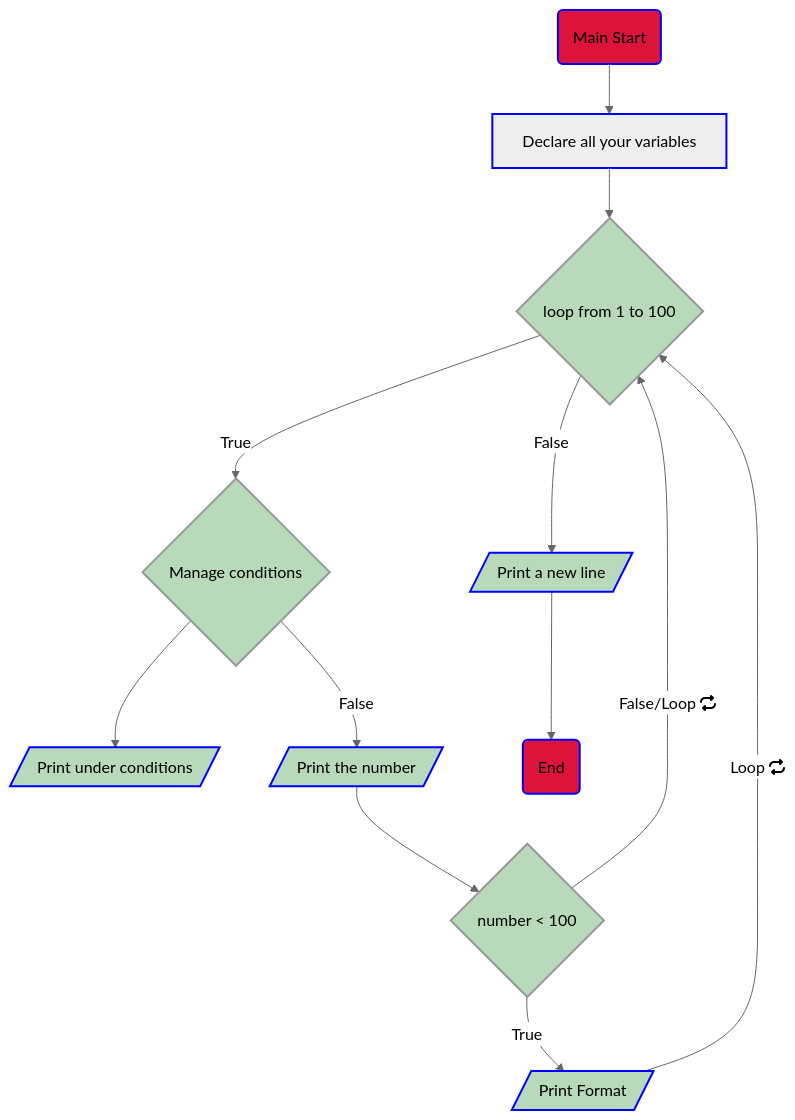
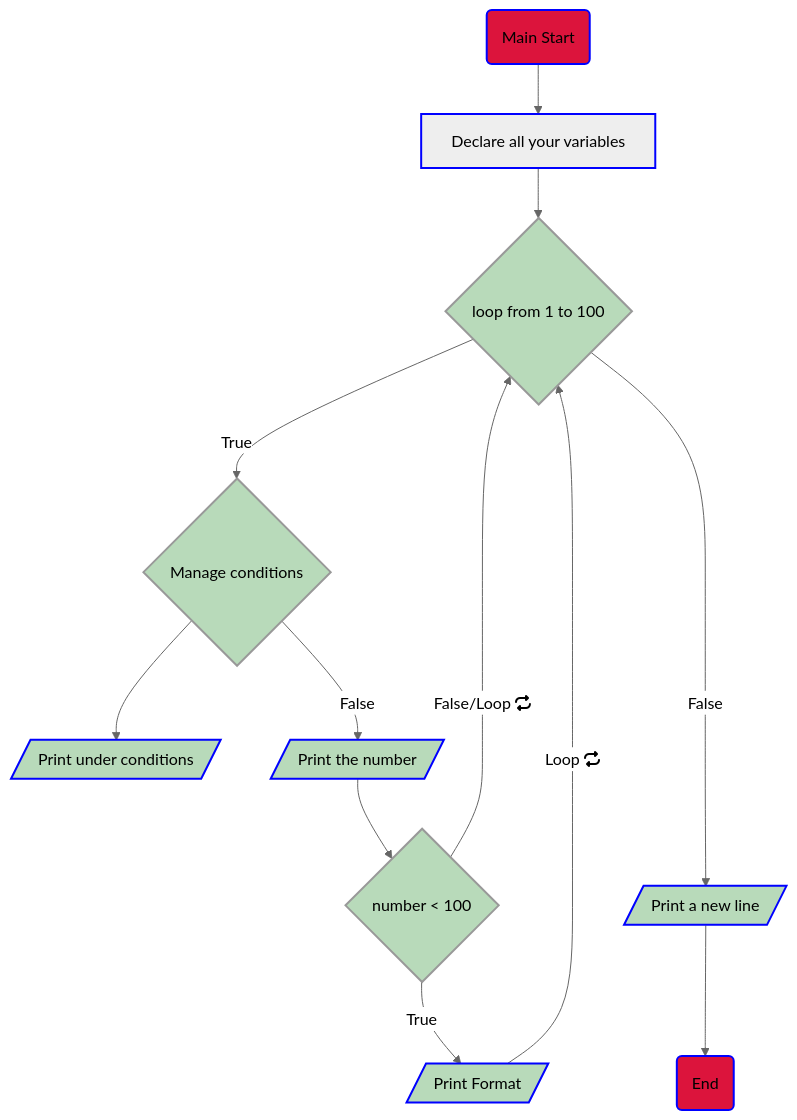
Before and after one commit to KevinYeff/holbertonschool-low_level_programming: the tenth of 10 diagrams in more_functions_nested_loops/README.md, drawn with Mermaid.

Commit message:
fix(README): Flowchart now renders properly

````diff
--- a/more_functions_nested_loops/README.md
+++ b/more_functions_nested_loops/README.md
@@ -417,29 +417,29 @@
 ```mermaid
 graph TD;
 Start(Main Start)-->Declare["Declare all your variables"]
 Declare-->Loop{"loop from 1 to 100"}
 Loop-- True-->Condition{"Manage conditions"}
 Condition-->Print[/"Print under conditions"/]
 Condition-- False-->Print2[/"Print the number"/]
 Print2-->Condition2{"number < 100"}
 Condition2-- True-->Print3[/"Print Format"/]
 Condition2-- False/Loop fa:fa-repeat-->Loop
 Print3-- Loop fa:fa-repeat-->Loop
-Loop-- False-->Print4[/"Print a new line"/]
+Loop-- False---->Print4[/"Print a new line"/]
 Print4-->End(End)
 
 style Start fill: crimson, stroke: blue, stroke-width: 2px
 style Declare stroke: blue, stroke-width: 2px
 style Loop fill: #b8daba, stroke. blue, stroke-width: 2px
 style Condition fill: #b8daba, stroke. blue, stroke-width: 2px
 style Condition2 fill: #b8daba, stroke. blue, stroke-width: 2px
 style Print fill: #b8daba, stroke: blue, stroke-width: 2px
 style Print2 fill: #b8daba, stroke: blue, stroke-width: 2px
 style Print3 fill: #b8daba, stroke: blue, stroke-width: 2px
 style Print4 fill: #b8daba, stroke: blue, stroke-width: 2px
 style End fill: crimson, stroke: blue, stroke-width: 2px
 
 %%{init{
 	'theme': 'neutral'
 }}%%
 ```
````
